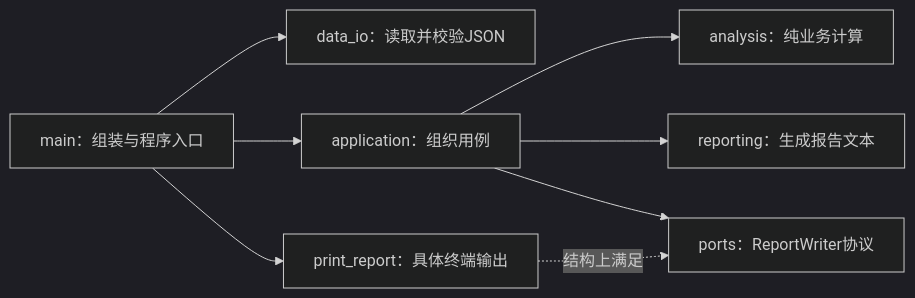
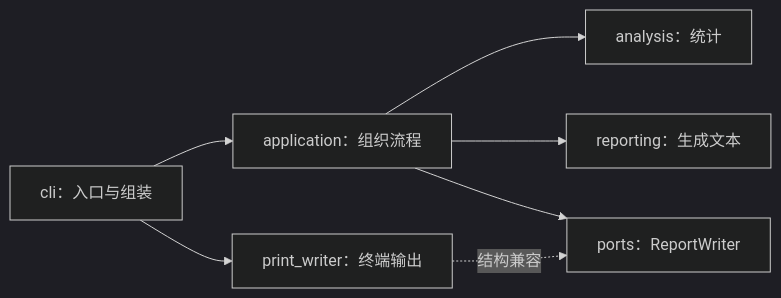
One commit to cafelemon/become_engineer changed the diagram in learning-paths/programming-languages/python-core/02-maintainable-function-interfaces-protocols-modules.md. Above: the diagram before and after it, drawn with Mermaid (dark theme). The commit also changed other lines of this file and 205 other files, not shown here.

````diff
--- a/learning-paths/programming-languages/python-core/02-maintainable-function-interfaces-protocols-modules.md
+++ b/learning-paths/programming-languages/python-core/02-maintainable-function-interfaces-protocols-modules.md
@@ -124,10 +171,9 @@
-```mermaid
+~~~mermaid
 flowchart LR
-    M["main：组装与程序入口"] --> D["data_io：读取并校验JSON"]
-    M --> A["application：组织用例"]
-    M --> O["print_report：具体终端输出"]
-    A --> N["analysis：纯业务计算"]
-    A --> R["reporting：生成报告文本"]
-    A --> P["ports：ReportWriter协议"]
-    O -."结构上满足".-> P
-```
+    CLI["cli：入口与组装"] --> APP["application：组织流程"]
+    CLI --> PRINT["print_writer：终端输出"]
+    APP --> ANALYSIS["analysis：统计"]
+    APP --> REPORT["reporting：生成文本"]
+    APP --> PORT["ports：ReportWriter"]
+    PRINT -.结构兼容.-> PORT
+~~~
````
